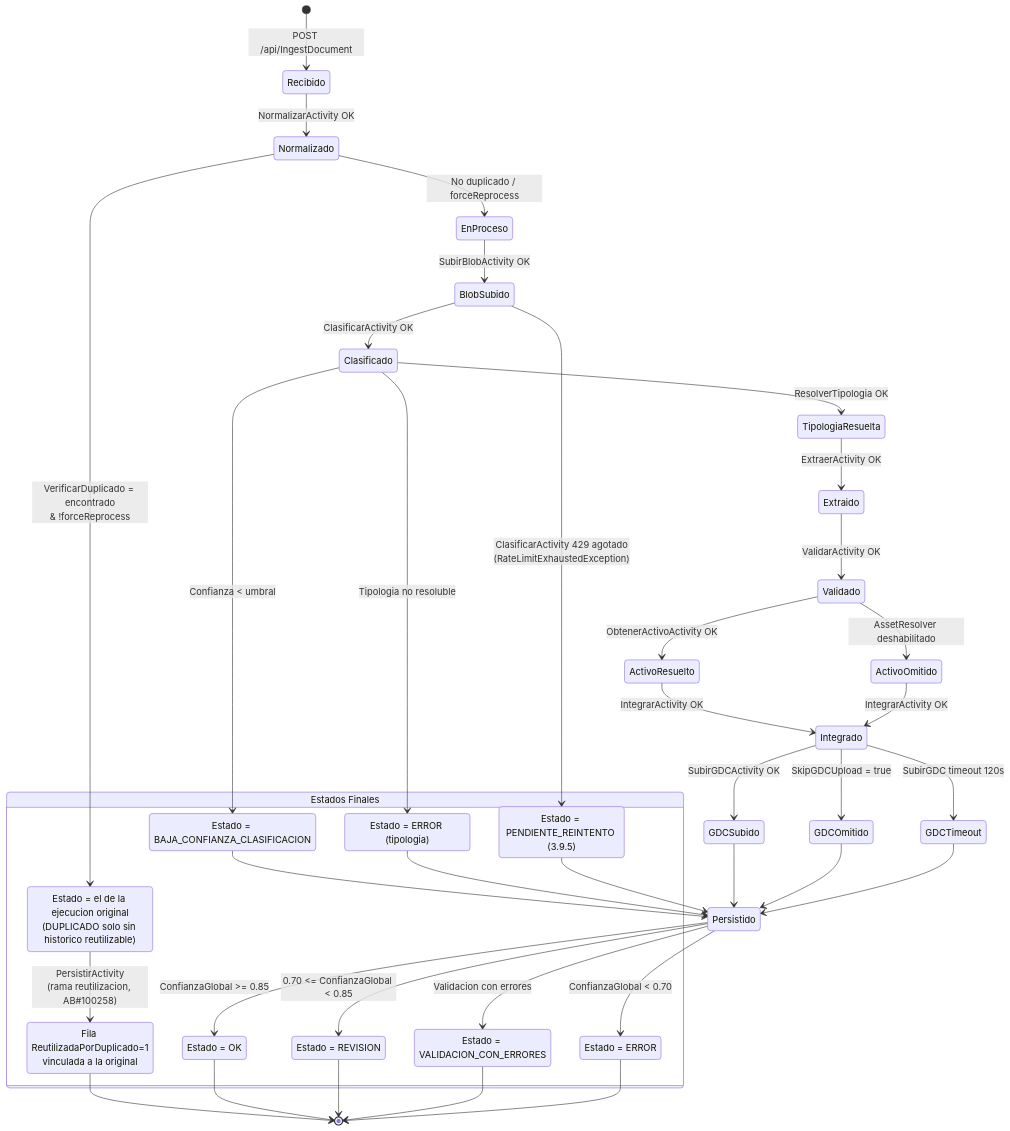
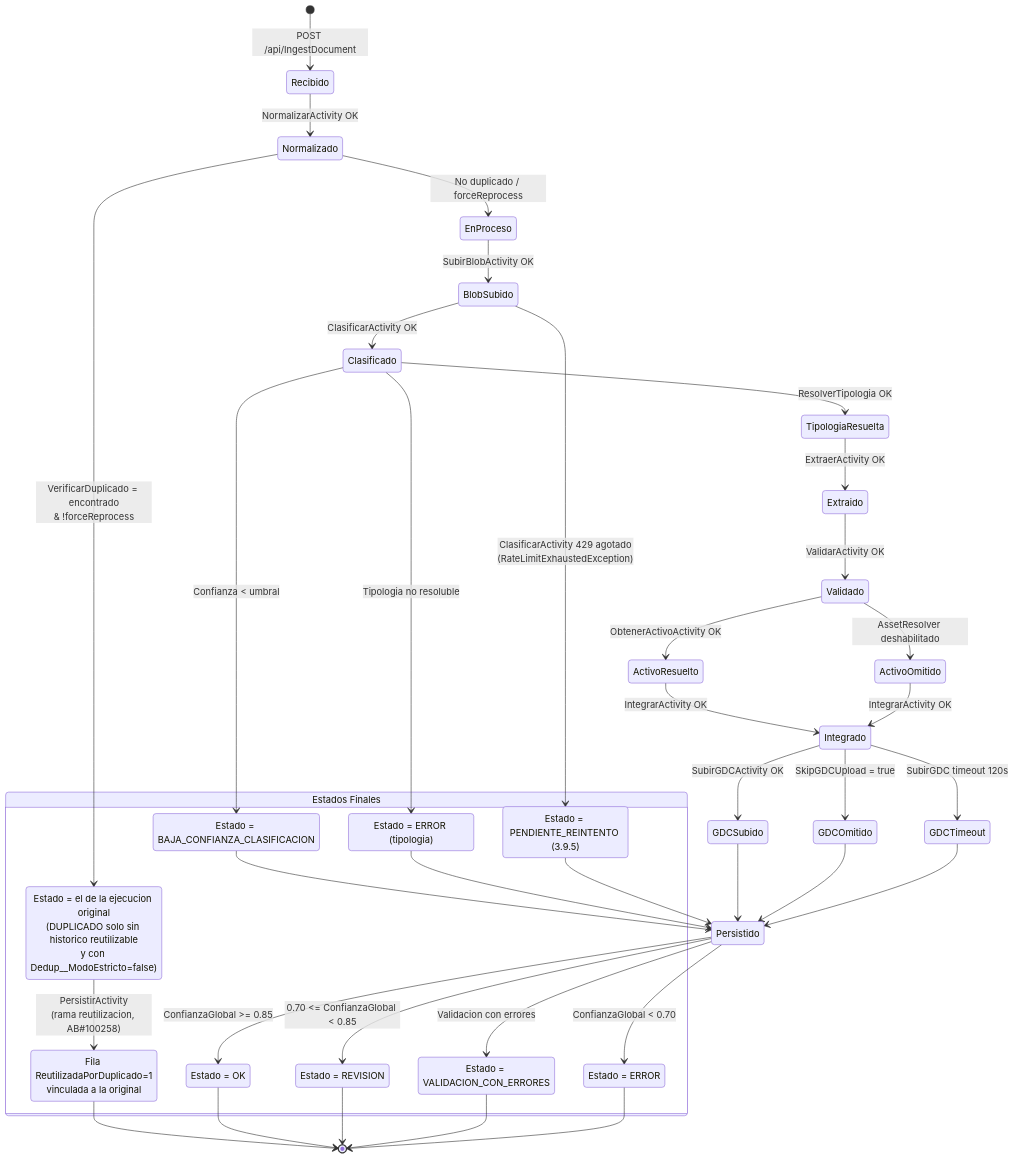
Before and after one commit to nvcrisologo02/AI-DocClassExt: diagram 12 of 12 in docs/03_DISENO_TECNICO_DETALLADO.md, drawn with Mermaid. The commit also changed other lines of this file and 8 other files, not shown here.

````diff
--- a/docs/03_DISENO_TECNICO_DETALLADO.md
+++ b/docs/03_DISENO_TECNICO_DETALLADO.md
@@ -1412,58 +1423,58 @@
 ```mermaid
 stateDiagram-v2
     [*] --> Recibido : POST /api/IngestDocument
 
     Recibido --> Normalizado : NormalizarActivity OK
 
     Normalizado --> Duplicado : VerificarDuplicado = encontrado<br/>& !forceReprocess
     Normalizado --> EnProceso : No duplicado / forceReprocess
 
     EnProceso --> BlobSubido : SubirBlobActivity OK
     BlobSubido --> Clasificado : ClasificarActivity OK
     BlobSubido --> RateLimitAgotado : ClasificarActivity 429 agotado<br/>(RateLimitExhaustedException)
 
     Clasificado --> BajaConfianza : Confianza < umbral
     Clasificado --> TipologiaResuelta : ResolverTipologia OK
     Clasificado --> ErrorTipologia : Tipologia no resoluble
 
     TipologiaResuelta --> Extraido : ExtraerActivity OK
     Extraido --> Validado : ValidarActivity OK
     Validado --> ActivoResuelto : ObtenerActivoActivity OK
     Validado --> ActivoOmitido : AssetResolver deshabilitado
     ActivoResuelto --> Integrado : IntegrarActivity OK
     ActivoOmitido --> Integrado : IntegrarActivity OK
     Integrado --> GDCSubido : SubirGDCActivity OK
     Integrado --> GDCOmitido : SkipGDCUpload = true
     Integrado --> GDCTimeout : SubirGDC timeout 120s
 
     GDCSubido --> Persistido
     GDCOmitido --> Persistido
     GDCTimeout --> Persistido
 
     Persistido --> OK : ConfianzaGlobal >= 0.85
     Persistido --> Revision : 0.70 <= ConfianzaGlobal < 0.85
     Persistido --> ValidacionConErrores : Validacion con errores
     Persistido --> ErrorEstado : ConfianzaGlobal < 0.70
 
     Duplicado --> ReutilizacionRegistrada : PersistirActivity<br/>(rama reutilizacion, AB#100258)
     ReutilizacionRegistrada --> [*]
     BajaConfianza --> Persistido
     ErrorTipologia --> Persistido
     RateLimitAgotado --> Persistido
     OK --> [*]
     Revision --> [*]
     ValidacionConErrores --> [*]
     ErrorEstado --> [*]
 
     state "Estados Finales" as finals {
         OK : Estado = OK
         Revision : Estado = REVISION
         ValidacionConErrores : Estado = VALIDACION_CON_ERRORES
         BajaConfianza : Estado = BAJA_CONFIANZA_CLASIFICACION
         ErrorEstado : Estado = ERROR
-        Duplicado : Estado = el de la ejecucion original<br/>(DUPLICADO solo sin historico reutilizable)
+        Duplicado : Estado = el de la ejecucion original<br/>(DUPLICADO solo sin historico reutilizable<br/>y con Dedup__ModoEstricto=false)
         ReutilizacionRegistrada : Fila ReutilizadaPorDuplicado=1<br/>vinculada a la original
         ErrorTipologia : Estado = ERROR (tipologia)
         RateLimitAgotado : Estado = PENDIENTE_REINTENTO (3.9.5)
     }
 ```
````
